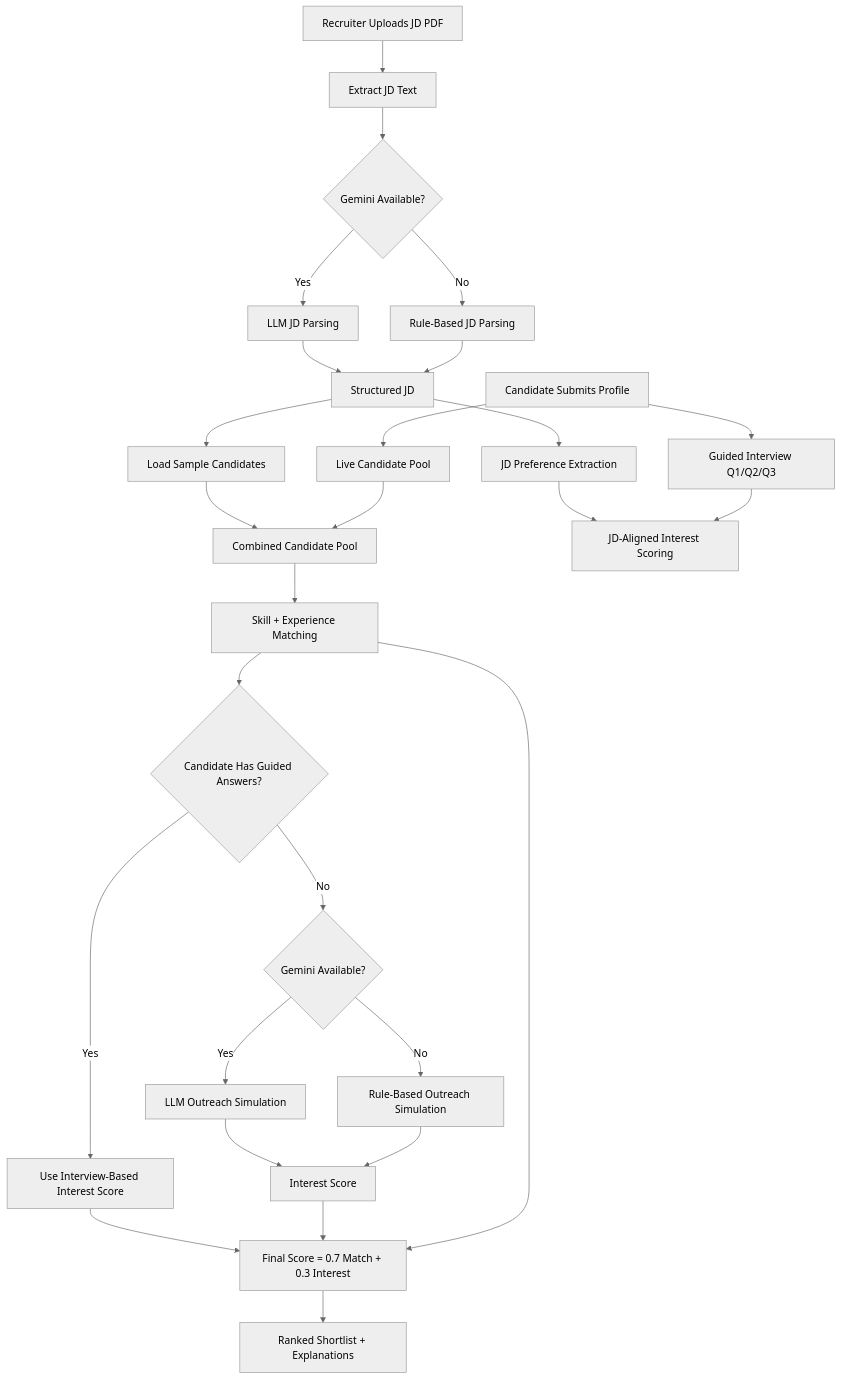
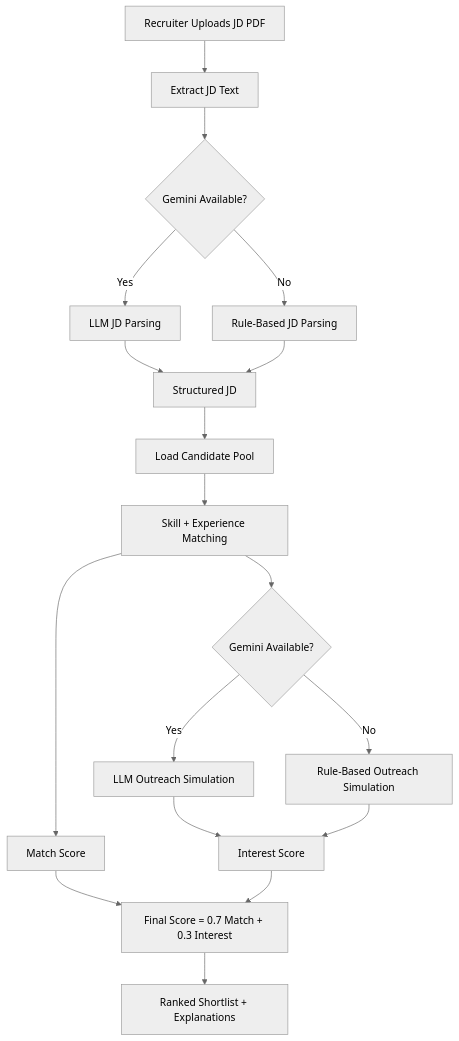
Before and after one commit to whyvy-code/AI-Talent-Scouting-Agent: the diagram in ARCHITECTURE.md, drawn with Mermaid (neutral theme). The commit also changed other lines of this file and 4 other files, not shown here.

````diff
--- a/ARCHITECTURE.md
+++ b/ARCHITECTURE.md
@@ -41,29 +27,20 @@
 ```mermaid
 flowchart TD
-    A[Candidate Submits Profile] --> B[Guided Interview Q1/Q2/Q3]
-    D[Recruiter Uploads JD PDF] --> E[Extract JD Text]
-    E --> F{Gemini Available?}
-    F -- Yes --> G[LLM JD Parsing]
-    F -- No --> H[Rule-Based JD Parsing]
-    G --> I[Structured JD]
-    H --> I
-    I --> V[JD Preference Extraction]
-    I --> J[Load Sample Candidates]
-    A --> K[Live Candidate Pool]
-    J --> L[Combined Candidate Pool]
+    A[Recruiter Uploads JD PDF] --> B[Extract JD Text]
+    B --> C{Gemini Available?}
+    C -- Yes --> D[LLM JD Parsing]
+    C -- No --> E[Rule-Based JD Parsing]
+    D --> F[Structured JD]
+    E --> F
+    F --> G[Load Candidate Pool]
+    G --> H[Skill + Experience Matching]
+    H --> I{Gemini Available?}
+    I -- Yes --> J[LLM Outreach Simulation]
+    I -- No --> K[Rule-Based Outreach Simulation]
+    J --> L[Interest Score]
     K --> L
-    L --> M[Skill + Experience Matching]
-    V --> C[JD-Aligned Interest Scoring]
-    B --> C
-    M --> N{Candidate Has Guided Answers?}
-    N -- Yes --> O[Use Interview-Based Interest Score]
-    N -- No --> P{Gemini Available?}
-    P -- Yes --> Q[LLM Outreach Simulation]
-    P -- No --> R[Rule-Based Outreach Simulation]
-    Q --> S[Interest Score]
-    R --> S
-    O --> T[Final Score = 0.7 Match + 0.3 Interest]
-    S --> T
-    M --> T
-    T --> U[Ranked Shortlist + Explanations]
+    H --> M[Match Score]
+    M --> N[Final Score = 0.7 Match + 0.3 Interest]
+    L --> N
+    N --> O[Ranked Shortlist + Explanations]
 ```
````
